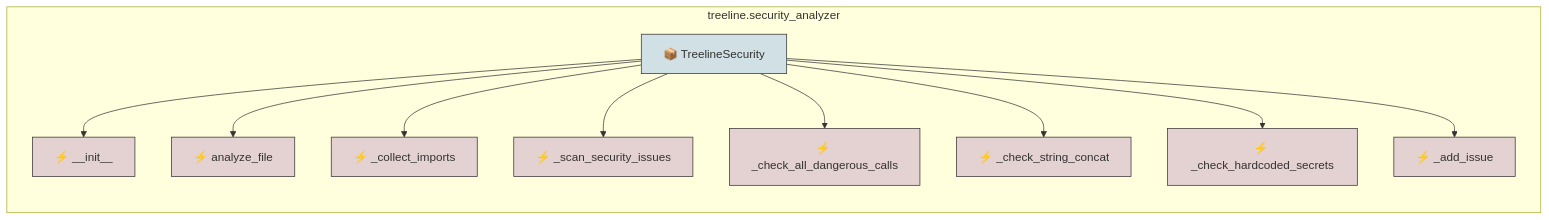
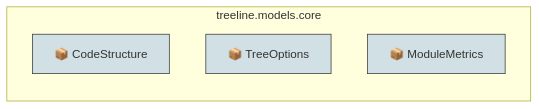
Diagram 11 of 14 in docs/tree.md (duriantaco/treeline), drawn with Mermaid before and after one commit. The commit also changed other lines of this file and 5 other files, not shown here.

````diff
--- a/docs/tree.md
+++ b/docs/tree.md
@@ -254,29 +332,15 @@
 ```mermaid
 graph TD
 
     %% Styling
     classDef fnNode fill:#e4d1d1,stroke:#333
     classDef clsNode fill:#d1e0e4,stroke:#333
 
-    subgraph treeline_security_analyzer["treeline.security_analyzer"]
+    subgraph treeline_models_core["treeline.models.core"]
         direction TB
-        treeline_security_analyzer_TreelineSecurity["📦 TreelineSecurity"]:::clsNode
-        treeline_security_analyzer_TreelineSecurity___init__["⚡ __init__"]:::fnNode
-        treeline_security_analyzer_TreelineSecurity --> treeline_security_analyzer_TreelineSecurity___init__
-        treeline_security_analyzer_TreelineSecurity_analyze_file["⚡ analyze_file"]:::fnNode
-        treeline_security_analyzer_TreelineSecurity --> treeline_security_analyzer_TreelineSecurity_analyze_file
-        treeline_security_analyzer_TreelineSecurity__collect_imports["⚡ _collect_imports"]:::fnNode
-        treeline_security_analyzer_TreelineSecurity --> treeline_security_analyzer_TreelineSecurity__collect_imports
-        treeline_security_analyzer_TreelineSecurity__scan_security_issues["⚡ _scan_security_issues"]:::fnNode
-        treeline_security_analyzer_TreelineSecurity --> treeline_security_analyzer_TreelineSecurity__scan_security_issues
-        treeline_security_analyzer_TreelineSecurity__check_all_dangerous_calls["⚡ _check_all_dangerous_calls"]:::fnNode
-        treeline_security_analyzer_TreelineSecurity --> treeline_security_analyzer_TreelineSecurity__check_all_dangerous_calls
-        treeline_security_analyzer_TreelineSecurity__check_string_concat["⚡ _check_string_concat"]:::fnNode
-        treeline_security_analyzer_TreelineSecurity --> treeline_security_analyzer_TreelineSecurity__check_string_concat
-        treeline_security_analyzer_TreelineSecurity__check_hardcoded_secrets["⚡ _check_hardcoded_secrets"]:::fnNode
-        treeline_security_analyzer_TreelineSecurity --> treeline_security_analyzer_TreelineSecurity__check_hardcoded_secrets
-        treeline_security_analyzer_TreelineSecurity__add_issue["⚡ _add_issue"]:::fnNode
-        treeline_security_analyzer_TreelineSecurity --> treeline_security_analyzer_TreelineSecurity__add_issue
+        treeline_models_core_CodeStructure["📦 CodeStructure"]:::clsNode
+        treeline_models_core_TreeOptions["📦 TreeOptions"]:::clsNode
+        treeline_models_core_ModuleMetrics["📦 ModuleMetrics"]:::clsNode
     end
 
 ```
````
